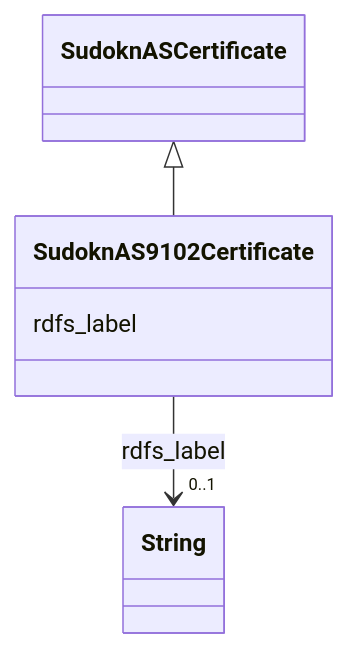
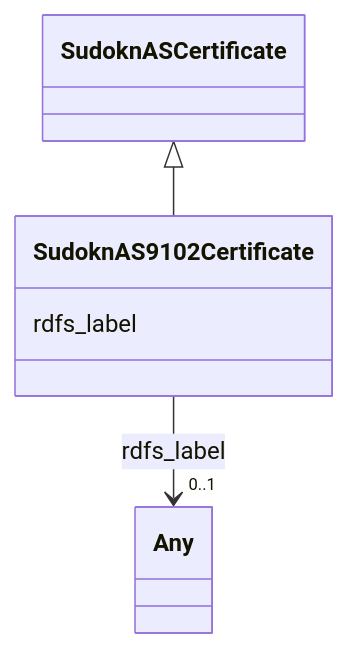
Before and after one commit to frink-okn/graph-descriptions: the diagram in sudokn-kg/classes/SudoknAS9102Certificate.md, drawn with Mermaid. The commit also changed other lines of this file and 903 other files, not shown here.

````diff
--- a/sudokn-kg/classes/SudoknAS9102Certificate.md
+++ b/sudokn-kg/classes/SudoknAS9102Certificate.md
@@ -23,18 +18,18 @@
 ```mermaid
  classDiagram
     class SudoknAS9102Certificate
     click SudoknAS9102Certificate href "../SudoknAS9102Certificate"
       SudoknASCertificate <|-- SudoknAS9102Certificate
         click SudoknASCertificate href "../SudoknASCertificate"
       
       SudoknAS9102Certificate : rdfs_label
         
           
     
     
-    SudoknAS9102Certificate --> "0..1" String : rdfs_label
-    click String href "../String"
+    SudoknAS9102Certificate --> "0..1" Any : rdfs_label
+    click Any href "../Any"
 
         
       
 ```
````
